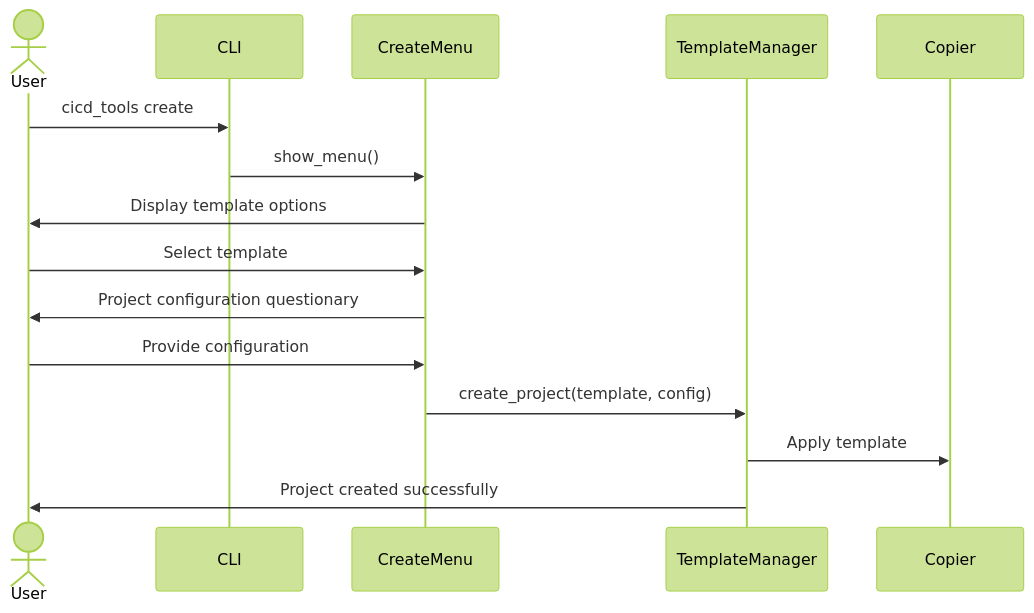
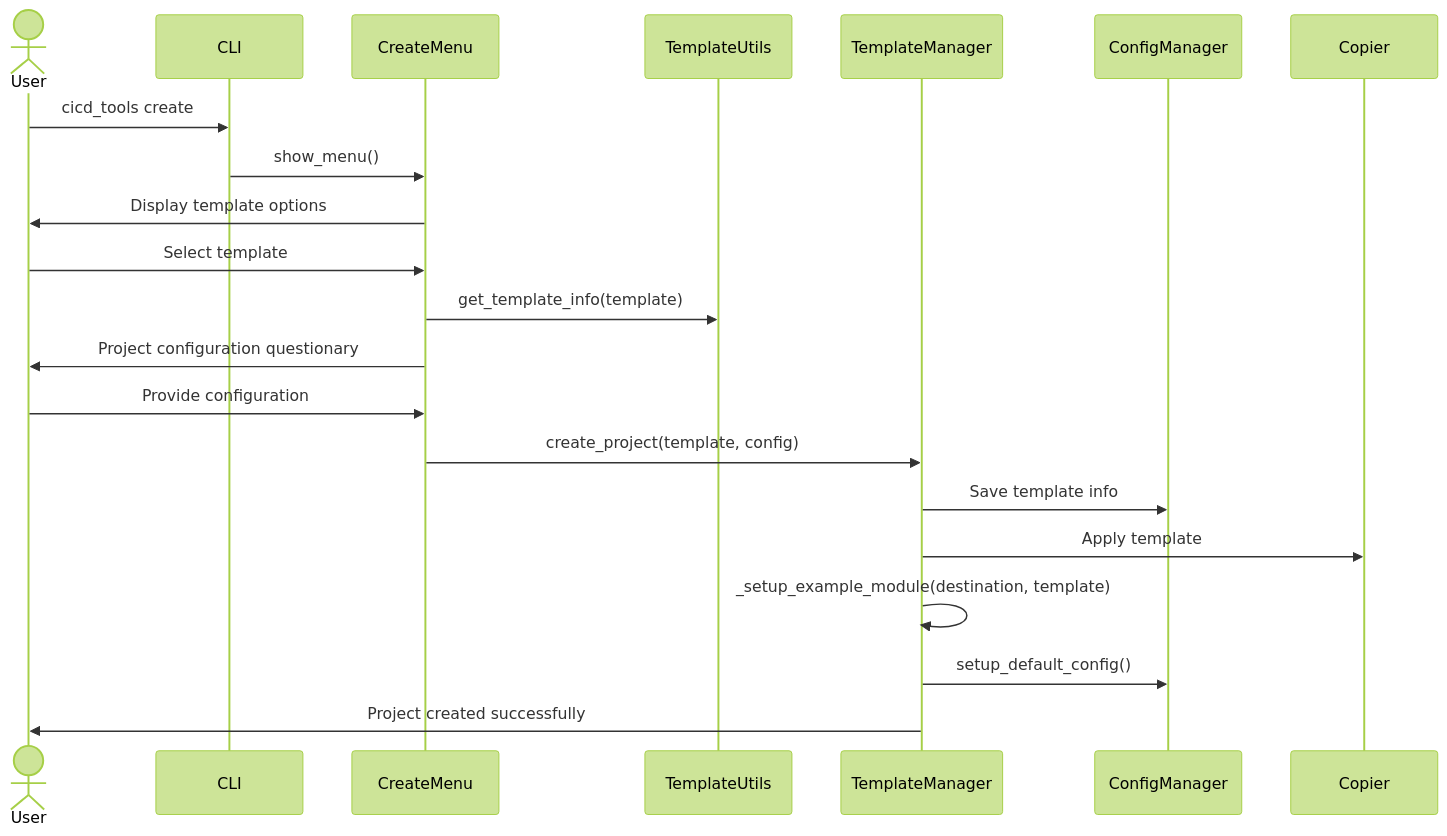
The sixth of 10 diagrams in doc/cicd_tools_architecture_plan.md (r4d4m4n71s/cicd_tools), drawn with Mermaid (forest theme) before and after one commit. The commit also changed other lines of this file and 20 other files, not shown here.

````diff
--- a/doc/cicd_tools_architecture_plan.md
+++ b/doc/cicd_tools_architecture_plan.md
@@ -197,13 +322,17 @@
 ```mermaid
 sequenceDiagram
     actor User
     User->>CLI: cicd_tools create
     CLI->>CreateMenu: show_menu()
     CreateMenu->>User: Display template options
     User->>CreateMenu: Select template
+    CreateMenu->>TemplateUtils: get_template_info(template)
     CreateMenu->>User: Project configuration questionary
     User->>CreateMenu: Provide configuration
     CreateMenu->>TemplateManager: create_project(template, config)
+    TemplateManager->>ConfigManager: Save template info
     TemplateManager->>Copier: Apply template
+    TemplateManager->>TemplateManager: _setup_example_module(destination, template)
+    TemplateManager->>ConfigManager: setup_default_config()
     TemplateManager->>User: Project created successfully
 ```
````
